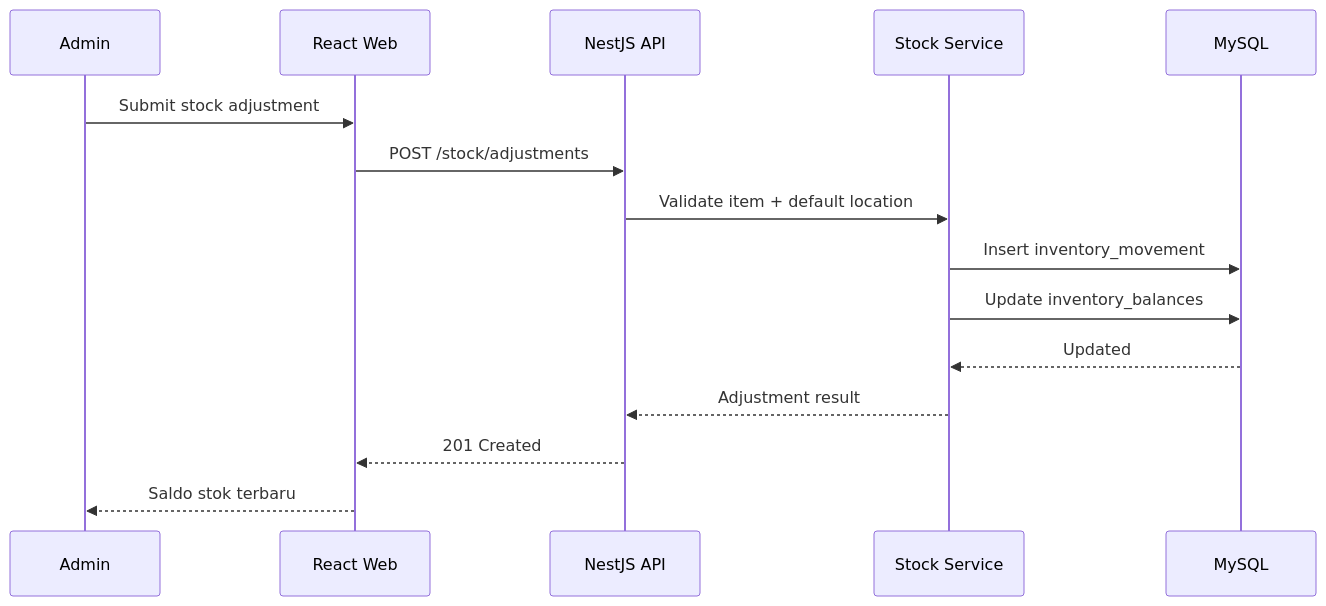
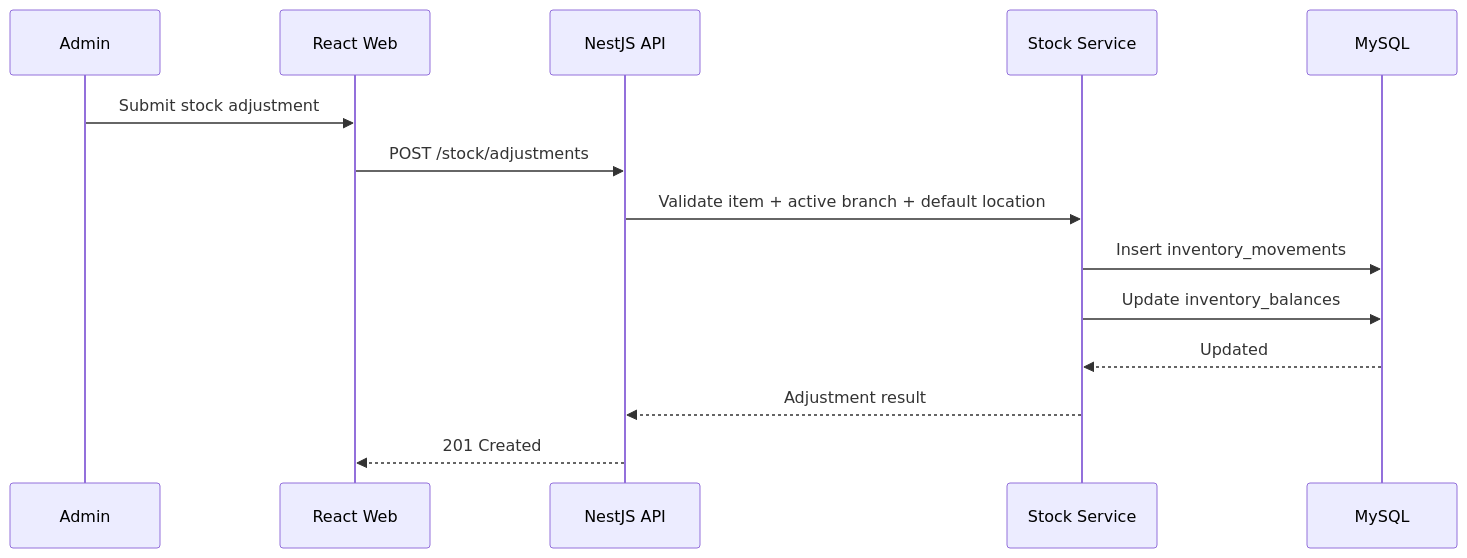
The fifth of 11 diagrams in SYSTEM_FLOW.md (DimasPrasetio/mini-erp), drawn with Mermaid before and after one commit. The commit also changed other lines of this file and 10 other files, not shown here.

````diff
--- a/SYSTEM_FLOW.md
+++ b/SYSTEM_FLOW.md
@@ -130,18 +120,17 @@
 ```mermaid
 sequenceDiagram
     participant U as Admin
     participant W as React Web
     participant API as NestJS API
     participant S as Stock Service
     participant DB as MySQL
 
     U->>W: Submit stock adjustment
     W->>API: POST /stock/adjustments
-    API->>S: Validate item + default location
-    S->>DB: Insert inventory_movement
+    API->>S: Validate item + active branch + default location
+    S->>DB: Insert inventory_movements
     S->>DB: Update inventory_balances
     DB-->>S: Updated
     S-->>API: Adjustment result
     API-->>W: 201 Created
-    W-->>U: Saldo stok terbaru
 ```
````
